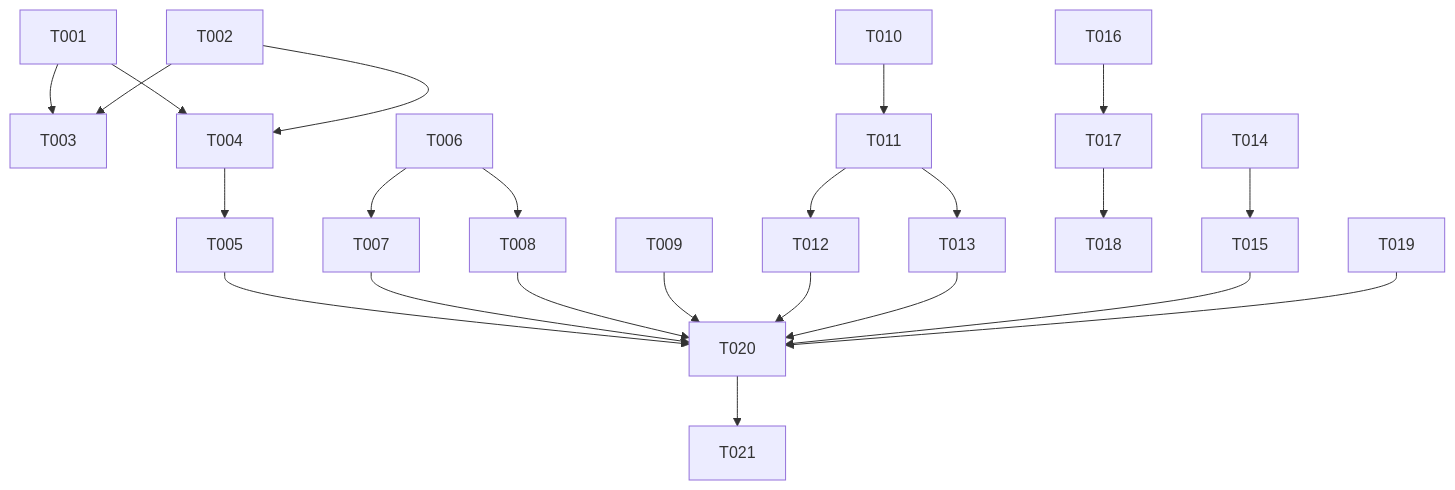
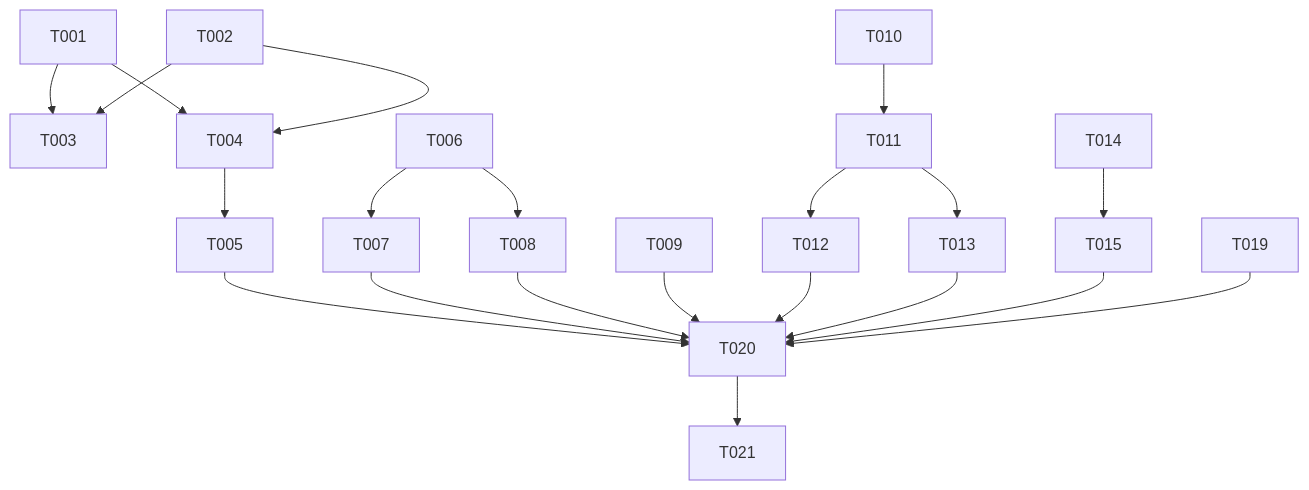
One commit to Link-Z-233/BiliRadio changed the diagram in spec/v0.5-part3-registry/tasks.md. Above: the diagram before and after it, drawn with Mermaid. The commit also changed other lines of this file and 32 other files, not shown here.

````diff
--- a/spec/v0.5-part3-registry/tasks.md
+++ b/spec/v0.5-part3-registry/tasks.md
@@ -103,25 +95,23 @@
 ```mermaid
 graph TD
   T001 --> T003
   T002 --> T003
   T001 --> T004
   T002 --> T004
   T004 --> T005
   T006 --> T007
   T006 --> T008
   T010 --> T011
   T011 --> T012
   T011 --> T013
   T014 --> T015
-  T016 --> T017
-  T017 --> T018
   T005 --> T020
   T007 --> T020
   T008 --> T020
   T009 --> T020
   T012 --> T020
   T013 --> T020
   T015 --> T020
   T019 --> T020
   T020 --> T021
 ```
````
